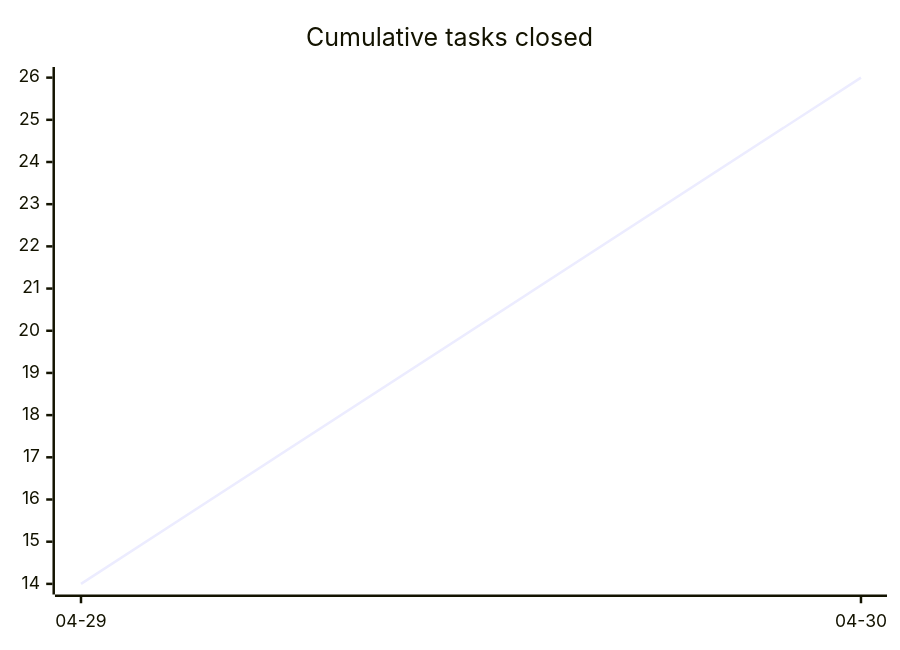
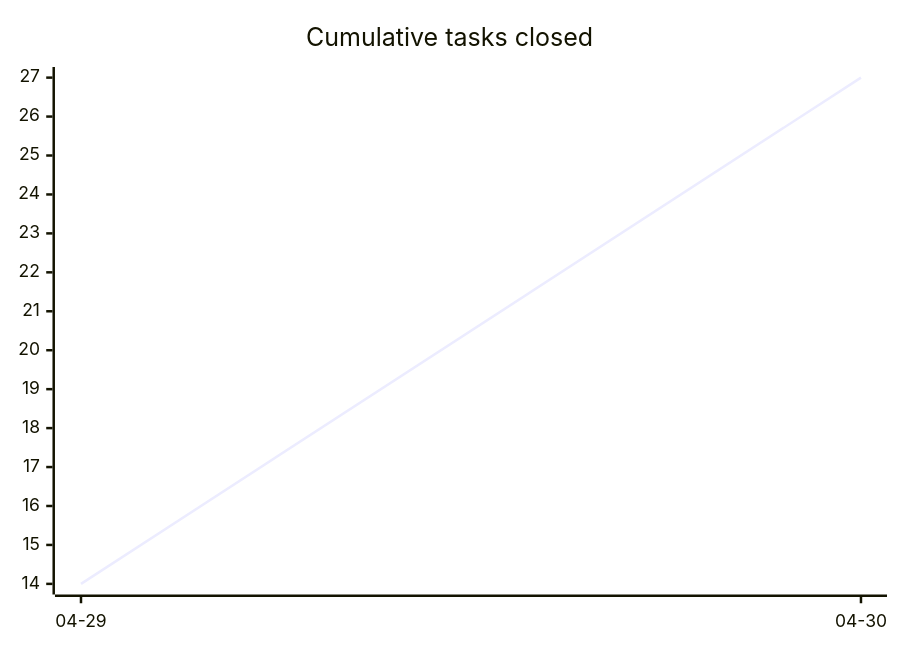
The first of 3 diagrams in docs/developers/tasks/OVERVIEW.md (tgd1975/AwesomeStudioPedal), drawn with Mermaid before and after one commit. The commit also changed other lines of this file and 9 other files, not shown here.

````diff
--- a/docs/developers/tasks/OVERVIEW.md
+++ b/docs/developers/tasks/OVERVIEW.md
@@ -20,6 +20,6 @@
 ```mermaid
 xychart-beta
     title "Cumulative tasks closed"
     x-axis ["04-29", "04-30"]
-    line [14, 26]
+    line [14, 27]
 ```
````
